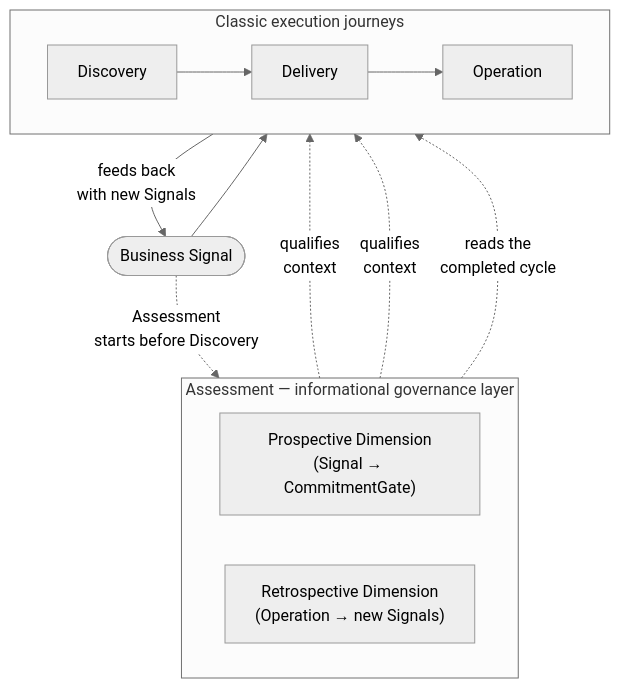
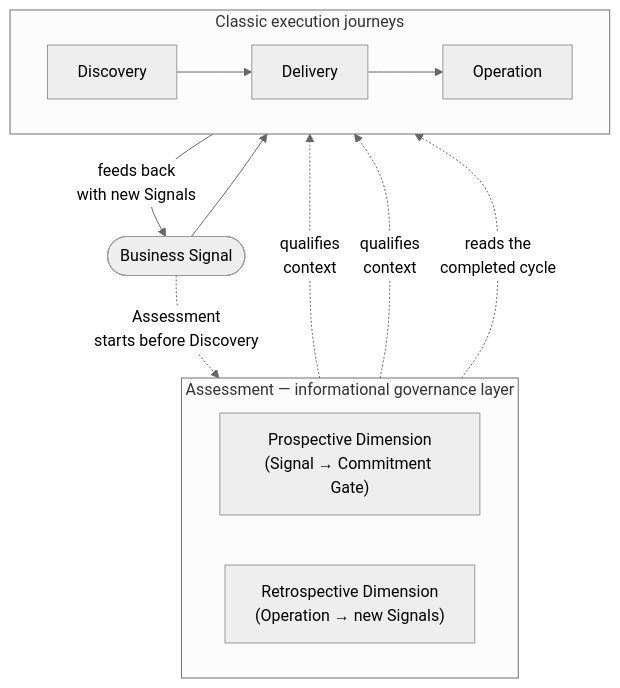
Before and after one commit to produtoreativo/from-intent-to-outcome: the first of 3 diagrams in en/chapter-04.md, drawn with Mermaid (neutral theme). The commit also changed other lines of this file and 26 other files, not shown here.

````diff
--- a/en/chapter-04.md
+++ b/en/chapter-04.md
@@ -18,22 +18,22 @@
 ```mermaid
 graph TD
     BS(["Business Signal"])
 
     subgraph CAMADA["Assessment — informational governance layer"]
         direction LR
-        AP["Prospective Dimension\n(Signal → CommitmentGate)"]
+        AP["Prospective Dimension\n(Signal → Commitment Gate)"]
         AR["Retrospective Dimension\n(Operation → new Signals)"]
     end
 
     subgraph EXEC["Classic execution journeys"]
         direction LR
         D["Discovery"] --> DEL["Delivery"] --> OP["Operation"]
     end
 
     BS --> D
     BS -.->|"Assessment\nstarts before Discovery"| AP
     AP -.->|"qualifies\ncontext"| D
     AP -.->|"qualifies\ncontext"| DEL
     AR -.->|"reads the\ncompleted cycle"| OP
     OP -->|"feeds back\nwith new Signals"| BS
 ```
````
